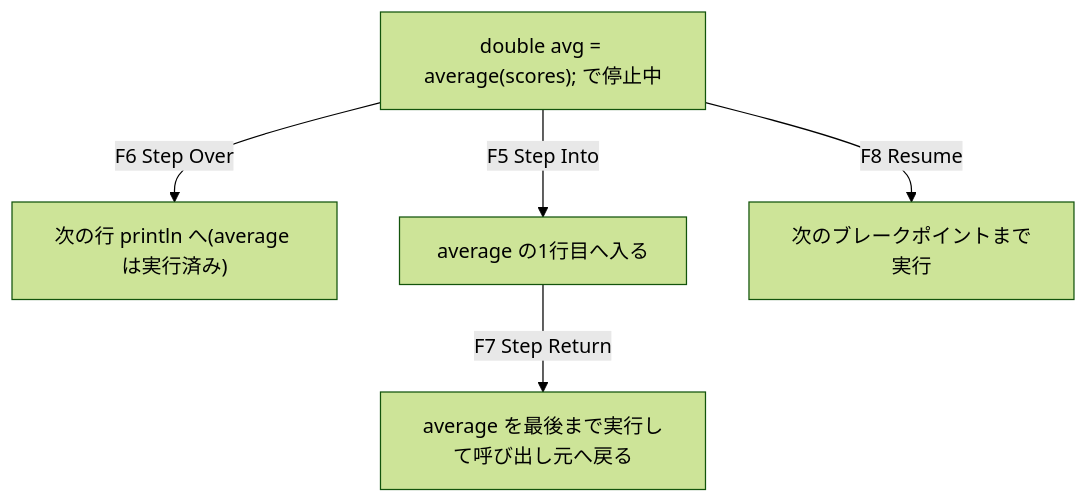
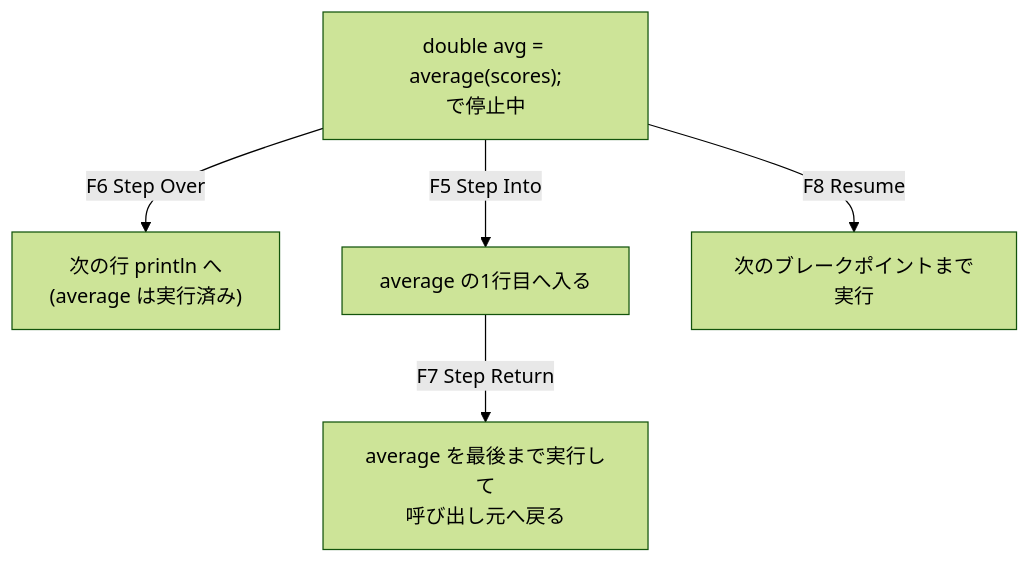
Before and after one commit to junyeol928-hash/Sayana: the diagram in content/02-dev-tools/02-debug-refactor/01-sts-debugger/lesson.md, drawn with Mermaid (forest theme). The commit also changed 9 other files, not shown here.

Commit message:
fix: 図のラベルを語の切れ目で改行し、英字の用語の読みをカタカナにそろえた(スマホで図の文字が語の途中で折れていたため)

````diff
--- a/content/02-dev-tools/02-debug-refactor/01-sts-debugger/lesson.md
+++ b/content/02-dev-tools/02-debug-refactor/01-sts-debugger/lesson.md
@@ -66,8 +66,8 @@
 ```mermaid
 flowchart TD
-    S["double avg = average(scores); で停止中"]
-    S -- "F6 Step Over" --> A["次の行 println へ(average は実行済み)"]
+    S["double avg = average(scores);<br>で停止中"]
+    S -- "F6 Step Over" --> A["次の行 println へ<br>(average は実行済み)"]
     S -- "F5 Step Into" --> B["average の1行目へ入る"]
-    B -- "F7 Step Return" --> C["average を最後まで実行して呼び出し元へ戻る"]
+    B -- "F7 Step Return" --> C["average を最後まで実行して<br>呼び出し元へ戻る"]
     S -- "F8 Resume" --> D["次のブレークポイントまで実行"]
 ```
````
